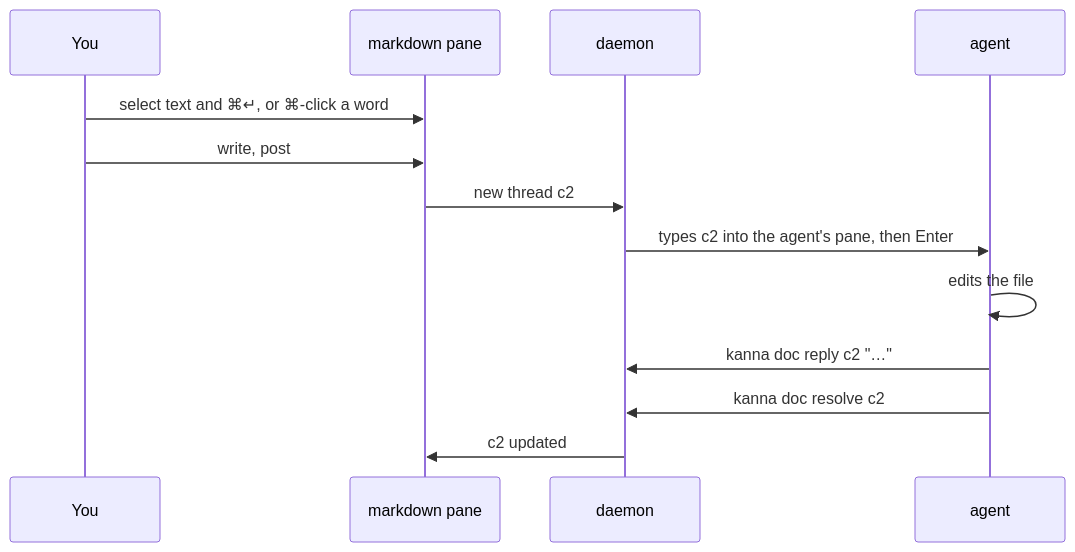
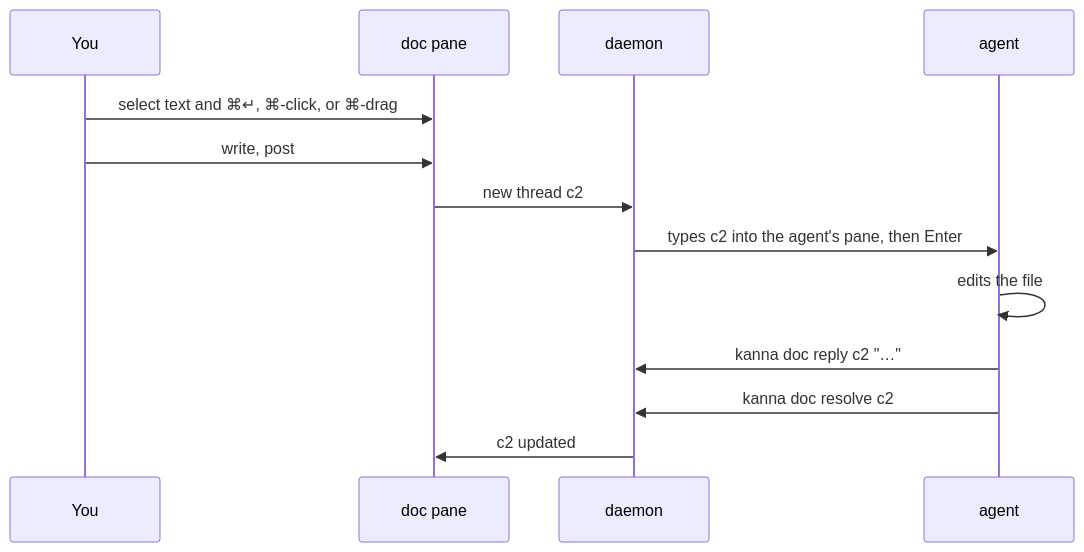
One commit to jemdiggity/kanna-v4 changed the first of 3 diagrams in docs/specs/doc-markup.md. Above: the diagram before and after it, drawn with Mermaid. The commit also changed other lines of this file and 5 other files, not shown here.

````diff
--- a/docs/specs/doc-markup.md
+++ b/docs/specs/doc-markup.md
@@ -20,15 +20,15 @@
 ```mermaid
 sequenceDiagram
     participant You
-    participant Doc as markdown pane
+    participant Doc as doc pane
     participant D as daemon
     participant A as agent
-    You->>Doc: select text and ⌘↵, or ⌘-click a word
+    You->>Doc: select text and ⌘↵, ⌘-click, or ⌘-drag
     You->>Doc: write, post
     Doc->>D: new thread c2
     D->>A: types c2 into the agent's pane, then Enter
     A->>A: edits the file
     A->>D: kanna doc reply c2 "…"
     A->>D: kanna doc resolve c2
     D->>Doc: c2 updated
 ```
````
